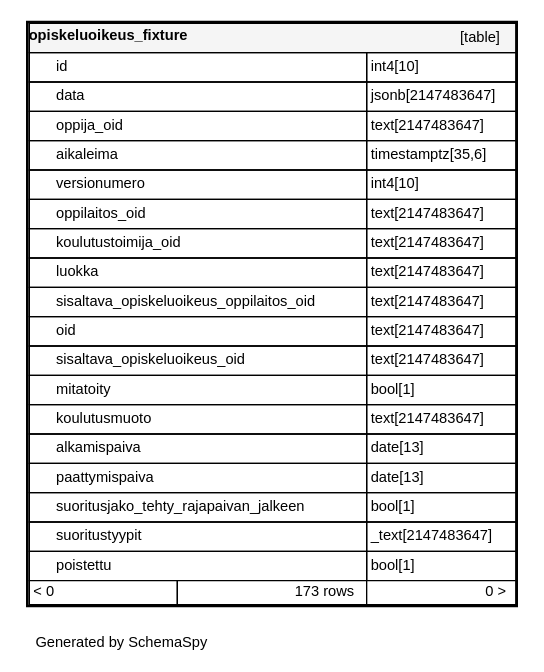
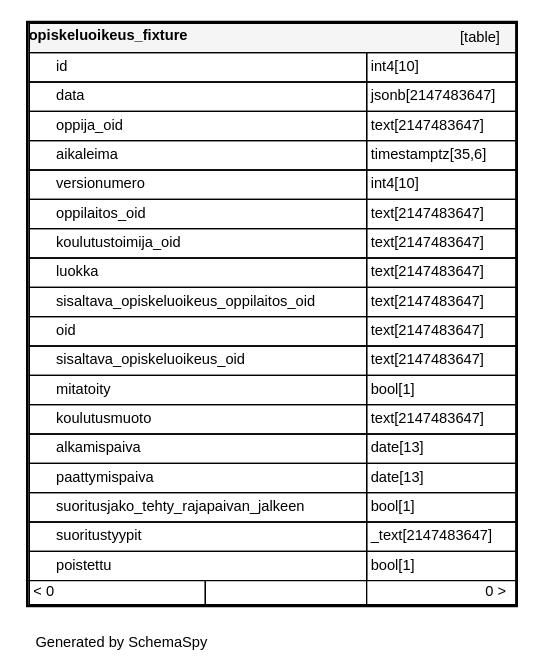
Before and after one commit to Opetushallitus/koski: the diagram in documentation/tietokantaskeemat/koski/diagrams/tables/opiskeluoikeus_fixture.1degree.dot, drawn with Graphviz. The commit also changed 77 other files, not shown here.

```diff
--- a/documentation/tietokantaskeemat/koski/diagrams/tables/opiskeluoikeus_fixture.1degree.dot
+++ b/documentation/tietokantaskeemat/koski/diagrams/tables/opiskeluoikeus_fixture.1degree.dot
@@ -1,31 +1,31 @@
 digraph "oneDegreeRelationshipsDiagram" {
   graph [    rankdir="RL"    bgcolor="#ffffff"    label="\nGenerated by SchemaSpy"    labeljust="l"    nodesep="0.18"    ranksep="0.46"    fontname="Helvetica"    fontsize="11"    ration="compress"  ];  node [    fontname="Helvetica"    fontsize="11"    shape="plaintext"  ];  edge [    arrowsize="0.8"  ];
   "opiskeluoikeus_fixture" [
    label=<
     <TABLE BORDER="2" CELLBORDER="1" CELLSPACING="0" BGCOLOR="#ffffff">
       <TR><TD COLSPAN="4"  BGCOLOR="#f5f5f5"><TABLE BORDER="0" CELLSPACING="0"><TR><TD ALIGN="LEFT" FIXEDSIZE="TRUE" WIDTH="130" HEIGHT="16"><B>opiskeluoikeus_fixture</B></TD><TD ALIGN="RIGHT">[table]</TD></TR></TABLE></TD></TR>
       <TR><TD PORT="id" COLSPAN="2" ALIGN="LEFT"><TABLE BORDER="0" CELLSPACING="0" ALIGN="LEFT"><TR ALIGN="LEFT"><TD ALIGN="LEFT" FIXEDSIZE="TRUE" WIDTH="15" HEIGHT="16"></TD><TD ALIGN="LEFT" FIXEDSIZE="TRUE" WIDTH="232" HEIGHT="16">id</TD></TR></TABLE></TD><TD PORT="id.type" ALIGN="LEFT">int4[10]</TD></TR>
       <TR><TD PORT="data" COLSPAN="2" ALIGN="LEFT"><TABLE BORDER="0" CELLSPACING="0" ALIGN="LEFT"><TR ALIGN="LEFT"><TD ALIGN="LEFT" FIXEDSIZE="TRUE" WIDTH="15" HEIGHT="16"></TD><TD ALIGN="LEFT" FIXEDSIZE="TRUE" WIDTH="232" HEIGHT="16">data</TD></TR></TABLE></TD><TD PORT="data.type" ALIGN="LEFT">jsonb[2147483647]</TD></TR>
       <TR><TD PORT="oppija_oid" COLSPAN="2" ALIGN="LEFT"><TABLE BORDER="0" CELLSPACING="0" ALIGN="LEFT"><TR ALIGN="LEFT"><TD ALIGN="LEFT" FIXEDSIZE="TRUE" WIDTH="15" HEIGHT="16"></TD><TD ALIGN="LEFT" FIXEDSIZE="TRUE" WIDTH="232" HEIGHT="16">oppija_oid</TD></TR></TABLE></TD><TD PORT="oppija_oid.type" ALIGN="LEFT">text[2147483647]</TD></TR>
       <TR><TD PORT="aikaleima" COLSPAN="2" ALIGN="LEFT"><TABLE BORDER="0" CELLSPACING="0" ALIGN="LEFT"><TR ALIGN="LEFT"><TD ALIGN="LEFT" FIXEDSIZE="TRUE" WIDTH="15" HEIGHT="16"></TD><TD ALIGN="LEFT" FIXEDSIZE="TRUE" WIDTH="232" HEIGHT="16">aikaleima</TD></TR></TABLE></TD><TD PORT="aikaleima.type" ALIGN="LEFT">timestamptz[35,6]</TD></TR>
       <TR><TD PORT="versionumero" COLSPAN="2" ALIGN="LEFT"><TABLE BORDER="0" CELLSPACING="0" ALIGN="LEFT"><TR ALIGN="LEFT"><TD ALIGN="LEFT" FIXEDSIZE="TRUE" WIDTH="15" HEIGHT="16"></TD><TD ALIGN="LEFT" FIXEDSIZE="TRUE" WIDTH="232" HEIGHT="16">versionumero</TD></TR></TABLE></TD><TD PORT="versionumero.type" ALIGN="LEFT">int4[10]</TD></TR>
       <TR><TD PORT="oppilaitos_oid" COLSPAN="2" ALIGN="LEFT"><TABLE BORDER="0" CELLSPACING="0" ALIGN="LEFT"><TR ALIGN="LEFT"><TD ALIGN="LEFT" FIXEDSIZE="TRUE" WIDTH="15" HEIGHT="16"></TD><TD ALIGN="LEFT" FIXEDSIZE="TRUE" WIDTH="232" HEIGHT="16">oppilaitos_oid</TD></TR></TABLE></TD><TD PORT="oppilaitos_oid.type" ALIGN="LEFT">text[2147483647]</TD></TR>
       <TR><TD PORT="koulutustoimija_oid" COLSPAN="2" ALIGN="LEFT"><TABLE BORDER="0" CELLSPACING="0" ALIGN="LEFT"><TR ALIGN="LEFT"><TD ALIGN="LEFT" FIXEDSIZE="TRUE" WIDTH="15" HEIGHT="16"></TD><TD ALIGN="LEFT" FIXEDSIZE="TRUE" WIDTH="232" HEIGHT="16">koulutustoimija_oid</TD></TR></TABLE></TD><TD PORT="koulutustoimija_oid.type" ALIGN="LEFT">text[2147483647]</TD></TR>
       <TR><TD PORT="luokka" COLSPAN="2" ALIGN="LEFT"><TABLE BORDER="0" CELLSPACING="0" ALIGN="LEFT"><TR ALIGN="LEFT"><TD ALIGN="LEFT" FIXEDSIZE="TRUE" WIDTH="15" HEIGHT="16"></TD><TD ALIGN="LEFT" FIXEDSIZE="TRUE" WIDTH="232" HEIGHT="16">luokka</TD></TR></TABLE></TD><TD PORT="luokka.type" ALIGN="LEFT">text[2147483647]</TD></TR>
       <TR><TD PORT="sisaltava_opiskeluoikeus_oppilaitos_oid" COLSPAN="2" ALIGN="LEFT"><TABLE BORDER="0" CELLSPACING="0" ALIGN="LEFT"><TR ALIGN="LEFT"><TD ALIGN="LEFT" FIXEDSIZE="TRUE" WIDTH="15" HEIGHT="16"></TD><TD ALIGN="LEFT" FIXEDSIZE="TRUE" WIDTH="232" HEIGHT="16">sisaltava_opiskeluoikeus_oppilaitos_oid</TD></TR></TABLE></TD><TD PORT="sisaltava_opiskeluoikeus_oppilaitos_oid.type" ALIGN="LEFT">text[2147483647]</TD></TR>
       <TR><TD PORT="oid" COLSPAN="2" ALIGN="LEFT"><TABLE BORDER="0" CELLSPACING="0" ALIGN="LEFT"><TR ALIGN="LEFT"><TD ALIGN="LEFT" FIXEDSIZE="TRUE" WIDTH="15" HEIGHT="16"></TD><TD ALIGN="LEFT" FIXEDSIZE="TRUE" WIDTH="232" HEIGHT="16">oid</TD></TR></TABLE></TD><TD PORT="oid.type" ALIGN="LEFT">text[2147483647]</TD></TR>
       <TR><TD PORT="sisaltava_opiskeluoikeus_oid" COLSPAN="2" ALIGN="LEFT"><TABLE BORDER="0" CELLSPACING="0" ALIGN="LEFT"><TR ALIGN="LEFT"><TD ALIGN="LEFT" FIXEDSIZE="TRUE" WIDTH="15" HEIGHT="16"></TD><TD ALIGN="LEFT" FIXEDSIZE="TRUE" WIDTH="232" HEIGHT="16">sisaltava_opiskeluoikeus_oid</TD></TR></TABLE></TD><TD PORT="sisaltava_opiskeluoikeus_oid.type" ALIGN="LEFT">text[2147483647]</TD></TR>
       <TR><TD PORT="mitatoity" COLSPAN="2" ALIGN="LEFT"><TABLE BORDER="0" CELLSPACING="0" ALIGN="LEFT"><TR ALIGN="LEFT"><TD ALIGN="LEFT" FIXEDSIZE="TRUE" WIDTH="15" HEIGHT="16"></TD><TD ALIGN="LEFT" FIXEDSIZE="TRUE" WIDTH="232" HEIGHT="16">mitatoity</TD></TR></TABLE></TD><TD PORT="mitatoity.type" ALIGN="LEFT">bool[1]</TD></TR>
       <TR><TD PORT="koulutusmuoto" COLSPAN="2" ALIGN="LEFT"><TABLE BORDER="0" CELLSPACING="0" ALIGN="LEFT"><TR ALIGN="LEFT"><TD ALIGN="LEFT" FIXEDSIZE="TRUE" WIDTH="15" HEIGHT="16"></TD><TD ALIGN="LEFT" FIXEDSIZE="TRUE" WIDTH="232" HEIGHT="16">koulutusmuoto</TD></TR></TABLE></TD><TD PORT="koulutusmuoto.type" ALIGN="LEFT">text[2147483647]</TD></TR>
       <TR><TD PORT="alkamispaiva" COLSPAN="2" ALIGN="LEFT"><TABLE BORDER="0" CELLSPACING="0" ALIGN="LEFT"><TR ALIGN="LEFT"><TD ALIGN="LEFT" FIXEDSIZE="TRUE" WIDTH="15" HEIGHT="16"></TD><TD ALIGN="LEFT" FIXEDSIZE="TRUE" WIDTH="232" HEIGHT="16">alkamispaiva</TD></TR></TABLE></TD><TD PORT="alkamispaiva.type" ALIGN="LEFT">date[13]</TD></TR>
       <TR><TD PORT="paattymispaiva" COLSPAN="2" ALIGN="LEFT"><TABLE BORDER="0" CELLSPACING="0" ALIGN="LEFT"><TR ALIGN="LEFT"><TD ALIGN="LEFT" FIXEDSIZE="TRUE" WIDTH="15" HEIGHT="16"></TD><TD ALIGN="LEFT" FIXEDSIZE="TRUE" WIDTH="232" HEIGHT="16">paattymispaiva</TD></TR></TABLE></TD><TD PORT="paattymispaiva.type" ALIGN="LEFT">date[13]</TD></TR>
       <TR><TD PORT="suoritusjako_tehty_rajapaivan_jalkeen" COLSPAN="2" ALIGN="LEFT"><TABLE BORDER="0" CELLSPACING="0" ALIGN="LEFT"><TR ALIGN="LEFT"><TD ALIGN="LEFT" FIXEDSIZE="TRUE" WIDTH="15" HEIGHT="16"></TD><TD ALIGN="LEFT" FIXEDSIZE="TRUE" WIDTH="232" HEIGHT="16">suoritusjako_tehty_rajapaivan_jalkeen</TD></TR></TABLE></TD><TD PORT="suoritusjako_tehty_rajapaivan_jalkeen.type" ALIGN="LEFT">bool[1]</TD></TR>
       <TR><TD PORT="suoritustyypit" COLSPAN="2" ALIGN="LEFT"><TABLE BORDER="0" CELLSPACING="0" ALIGN="LEFT"><TR ALIGN="LEFT"><TD ALIGN="LEFT" FIXEDSIZE="TRUE" WIDTH="15" HEIGHT="16"></TD><TD ALIGN="LEFT" FIXEDSIZE="TRUE" WIDTH="232" HEIGHT="16">suoritustyypit</TD></TR></TABLE></TD><TD PORT="suoritustyypit.type" ALIGN="LEFT">_text[2147483647]</TD></TR>
       <TR><TD PORT="poistettu" COLSPAN="2" ALIGN="LEFT"><TABLE BORDER="0" CELLSPACING="0" ALIGN="LEFT"><TR ALIGN="LEFT"><TD ALIGN="LEFT" FIXEDSIZE="TRUE" WIDTH="15" HEIGHT="16"></TD><TD ALIGN="LEFT" FIXEDSIZE="TRUE" WIDTH="232" HEIGHT="16">poistettu</TD></TR></TABLE></TD><TD PORT="poistettu.type" ALIGN="LEFT">bool[1]</TD></TR>
-      <TR><TD ALIGN="LEFT" BGCOLOR="#ffffff">&lt; 0</TD><TD ALIGN="RIGHT" BGCOLOR="#ffffff">173 rows</TD><TD ALIGN="RIGHT" BGCOLOR="#ffffff">0 &gt;</TD></TR>
+      <TR><TD ALIGN="LEFT" BGCOLOR="#ffffff">&lt; 0</TD><TD ALIGN="RIGHT" BGCOLOR="#ffffff">  </TD><TD ALIGN="RIGHT" BGCOLOR="#ffffff">0 &gt;</TD></TR>
     </TABLE>>
     URL="../../tables/opiskeluoikeus_fixture.html"
     target="_top"
     tooltip="opiskeluoikeus_fixture"
   ];
 }
```
